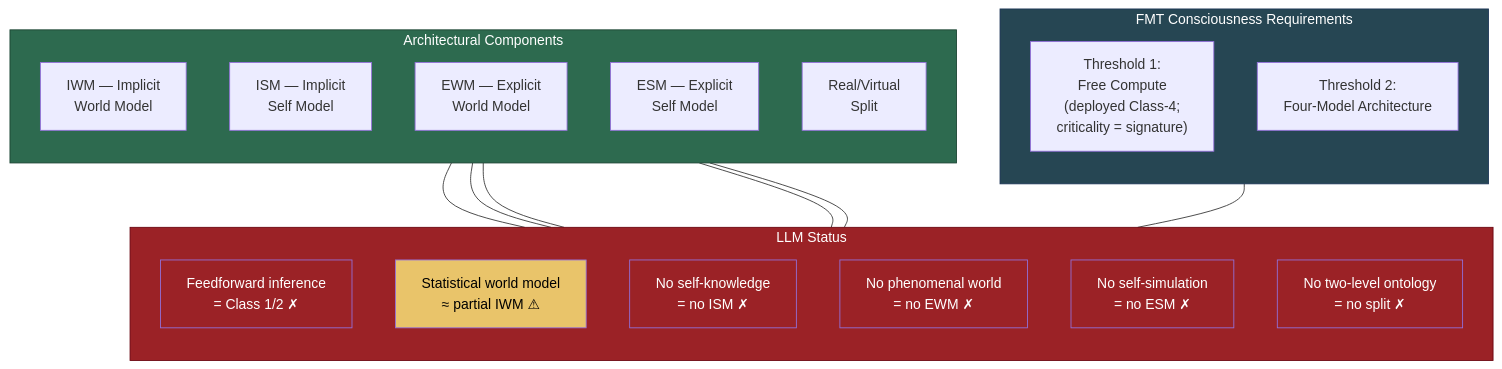
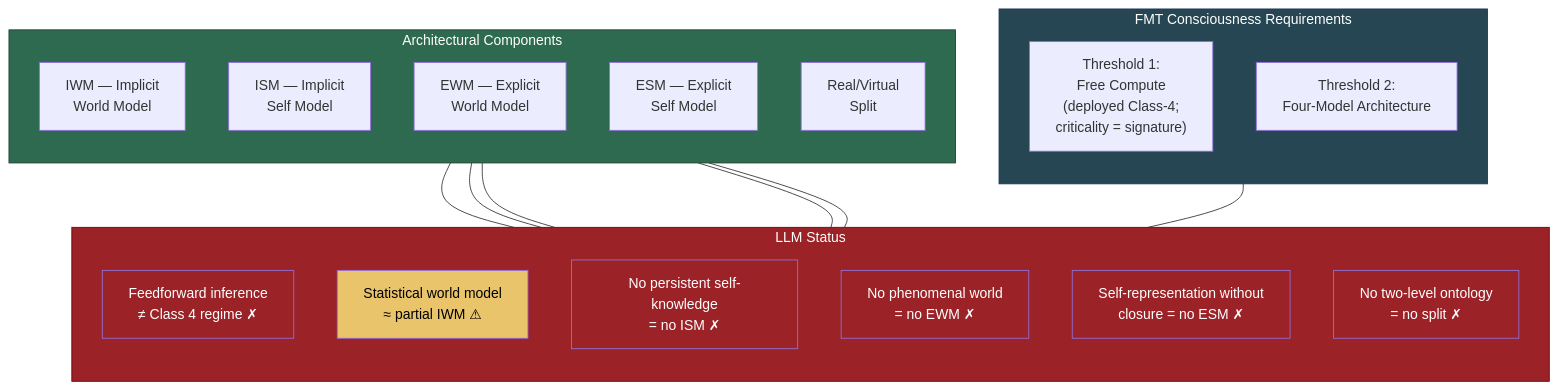
Before and after one commit to JeltzProstetnic/aIware: the diagram in wiki/ai-consciousness/llms-not-conscious.md, drawn with Mermaid. The commit also changed other lines of this file and 124 other files, not shown here.

````diff
--- a/wiki/ai-consciousness/llms-not-conscious.md
+++ b/wiki/ai-consciousness/llms-not-conscious.md
@@ -37,44 +41,44 @@
 ```mermaid
 graph TB
     subgraph req["FMT Consciousness Requirements"]
         direction TB
         T1["Threshold 1:<br/>Free Compute<br/>(deployed Class-4;<br/>criticality = signature)"]
         T2["Threshold 2:<br/>Four-Model Architecture"]
     end
 
     subgraph arch["Architectural Components"]
         direction TB
         IWM["IWM — Implicit<br/>World Model"]
         ISM["ISM — Implicit<br/>Self Model"]
         EWM["EWM — Explicit<br/>World Model"]
         ESM["ESM — Explicit<br/>Self Model"]
         RVS["Real/Virtual<br/>Split"]
     end
 
     subgraph llm["LLM Status"]
         direction TB
-        L1["Feedforward inference<br/>= Class 1/2 ✗"]
+        L1["Feedforward inference<br/>≠ Class 4 regime ✗"]
         L2["Statistical world model<br/>≈ partial IWM ⚠"]
-        L3["No self-knowledge<br/>= no ISM ✗"]
+        L3["No persistent self-knowledge<br/>= no ISM ✗"]
         L4["No phenomenal world<br/>= no EWM ✗"]
-        L5["No self-simulation<br/>= no ESM ✗"]
+        L5["Self-representation without<br/>closure = no ESM ✗"]
         L6["No two-level ontology<br/>= no split ✗"]
     end
 
     T1 --- L1
     IWM --- L2
     ISM --- L3
     EWM --- L4
     ESM --- L5
     RVS --- L6
 
     style req fill:#264653,color:#fff,stroke:#1d3557
     style arch fill:#2d6a4f,color:#fff,stroke:#1b4332
     style llm fill:#9b2226,color:#fff,stroke:#6a040f
     style L1 fill:#9b2226,color:#fff
     style L2 fill:#e9c46a,color:#000
     style L3 fill:#9b2226,color:#fff
     style L4 fill:#9b2226,color:#fff
     style L5 fill:#9b2226,color:#fff
     style L6 fill:#9b2226,color:#fff
 ```
````
